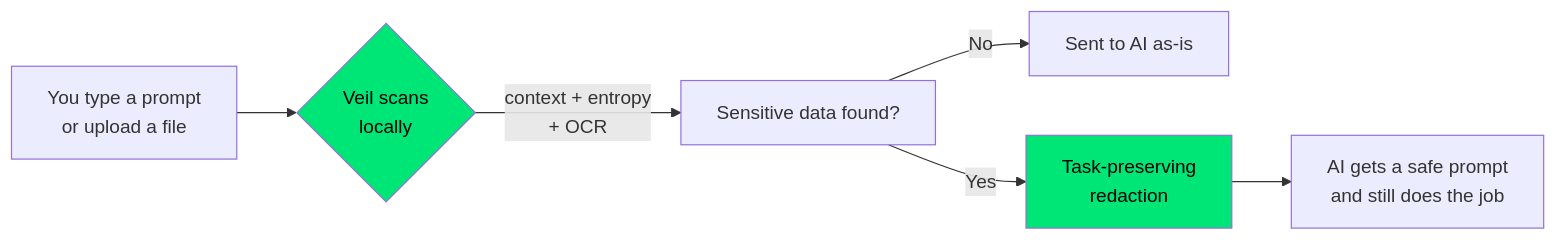
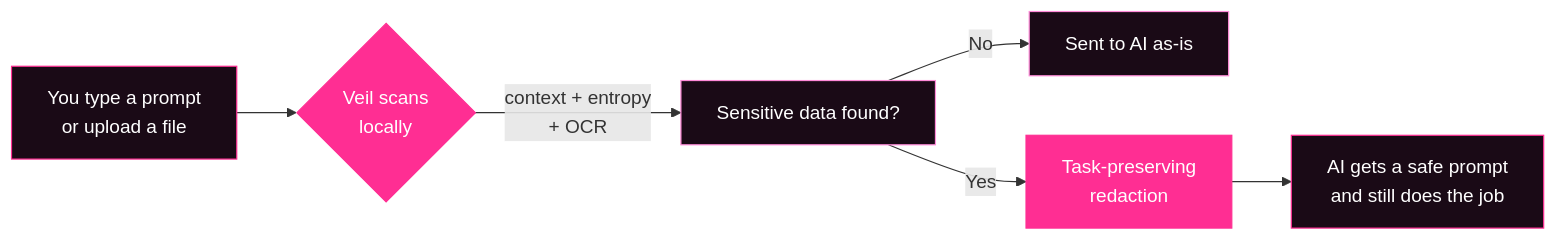
Before and after one commit to sameera-7-hash/sameera-7-hash: the first of 2 diagrams in README.md, drawn with Mermaid. The commit also changed other lines of this file, not shown here.

````diff
--- a/README.md
+++ b/README.md
@@ -103,10 +113,14 @@
 ```mermaid
 flowchart LR
     A[You type a prompt<br/>or upload a file] --> B{Veil scans<br/>locally}
     B -->|context + entropy<br/>+ OCR| C[Sensitive data found?]
     C -->|No| D[Sent to AI as-is]
     C -->|Yes| E[Task-preserving<br/>redaction]
     E --> F[AI gets a safe prompt<br/>and still does the job]
-    style B fill:#00E676,color:#000
-    style E fill:#00E676,color:#000
+    style A fill:#1a0a16,stroke:#FF2E93,color:#fff
+    style B fill:#FF2E93,stroke:#FF2E93,color:#fff
+    style C fill:#1a0a16,stroke:#FF8AD8,color:#fff
+    style D fill:#1a0a16,stroke:#FF8AD8,color:#fff
+    style E fill:#FF2E93,stroke:#FF2E93,color:#fff
+    style F fill:#1a0a16,stroke:#FF2E93,color:#fff
 ```
````
